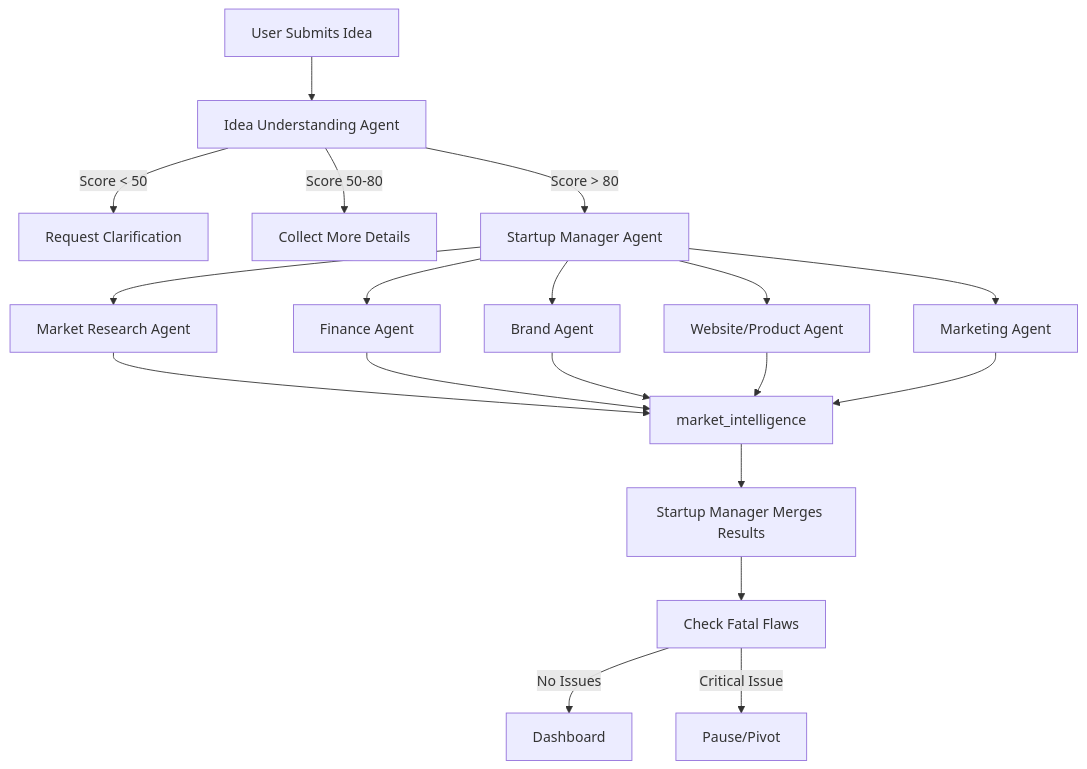
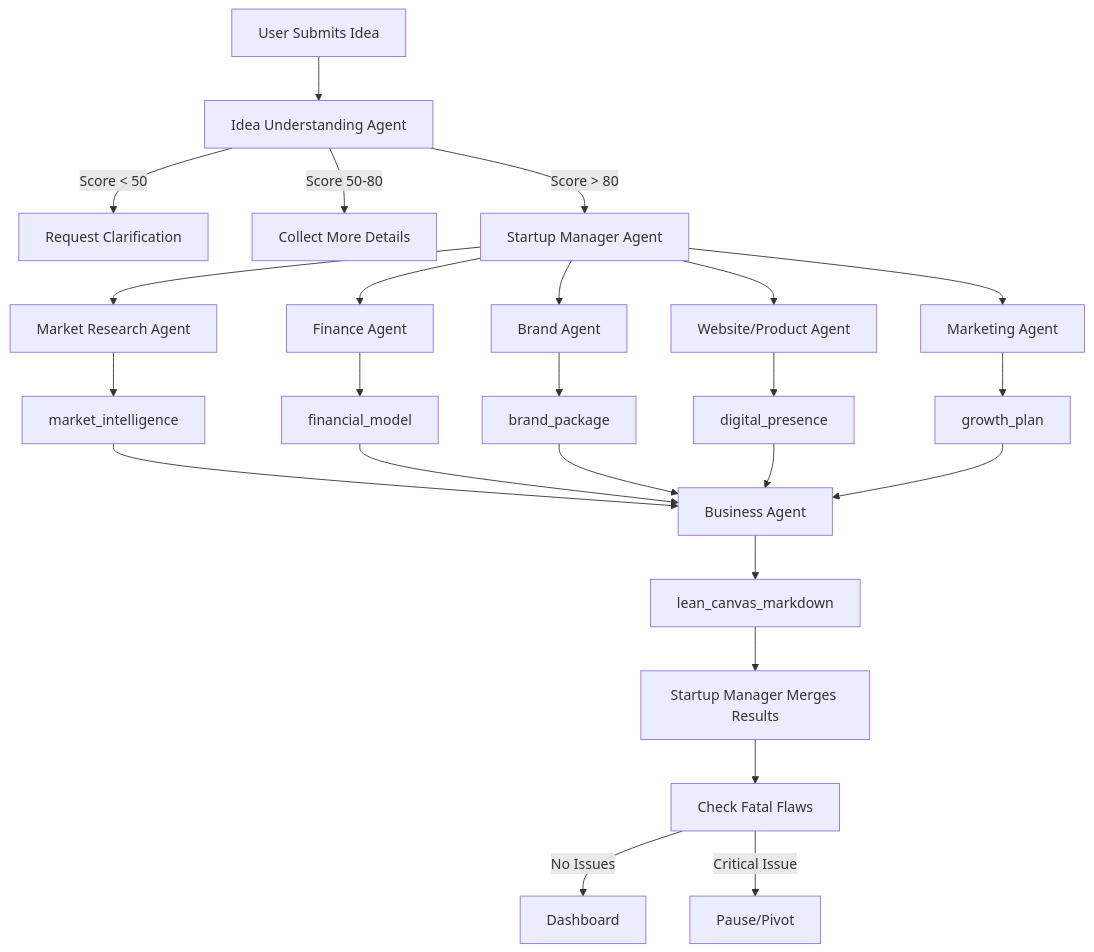
Before and after one commit to TheinMinHtet/agentic: the diagram in docs/AGENT_HARNESS.md, drawn with Mermaid. The commit also changed other lines of this file and 2 other files, not shown here.

Commit message:
update agent harness and add contexts

````diff
--- a/docs/AGENT_HARNESS.md
+++ b/docs/AGENT_HARNESS.md
@@ -453,24 +525,31 @@
 ```mermaid
 graph TD
     A[User Submits Idea] --> B[Idea Understanding Agent]
     B -->|Score < 50| C[Request Clarification]
     B -->|Score 50-80| D[Collect More Details]
     B -->|Score > 80| E[Startup Manager Agent]
     
     E --> F[Market Research Agent]
     E --> G[Finance Agent]
     E --> H[Brand Agent]
     E --> I[Website/Product Agent]
     E --> J[Marketing Agent]
     
     F --> K[market_intelligence]
-    G --> K
-    H --> K
-    I --> K
-    J --> K
+    G --> L[financial_model]
+    H --> M[brand_package]
+    I --> N[digital_presence]
+    J --> O[growth_plan]
     
-    K --> L[Startup Manager Merges Results]
-    L --> M[Check Fatal Flaws]
-    M -->|No Issues| N[Dashboard]
-    M -->|Critical Issue| O[Pause/Pivot]
+    K --> P[Business Agent]
+    L --> P
+    M --> P
+    N --> P
+    O --> P
+    
+    P --> Q[lean_canvas_markdown]
+    Q --> R[Startup Manager Merges Results]
+    R --> S[Check Fatal Flaws]
+    S -->|No Issues| T[Dashboard]
+    S -->|Critical Issue| U[Pause/Pivot]
 ```
````
